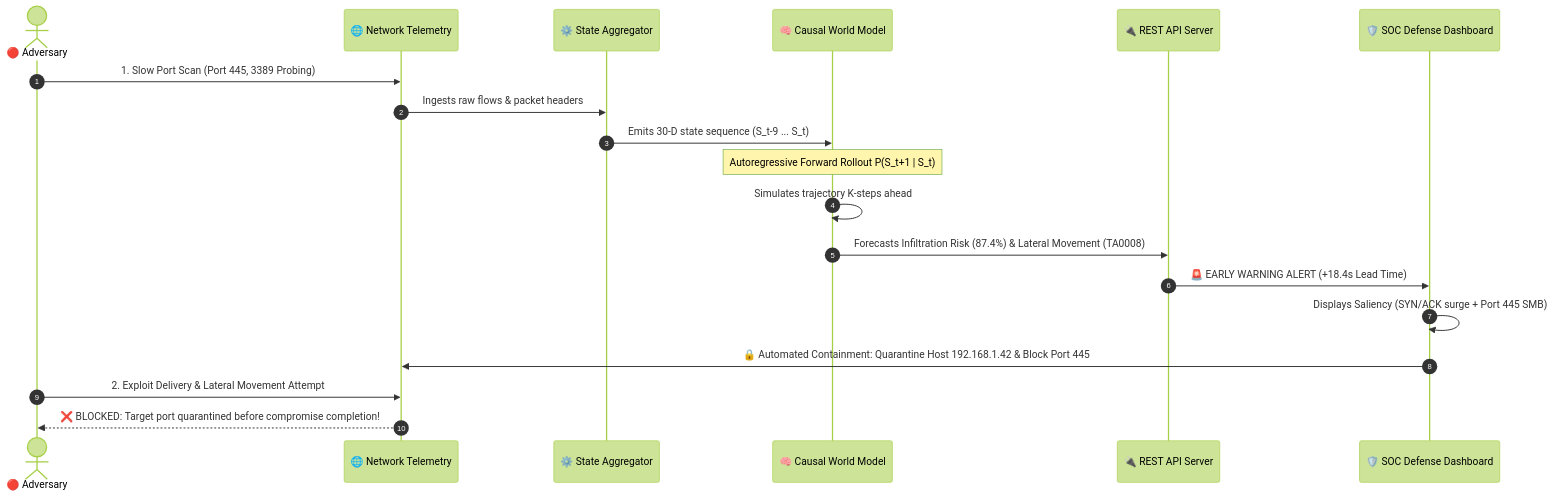
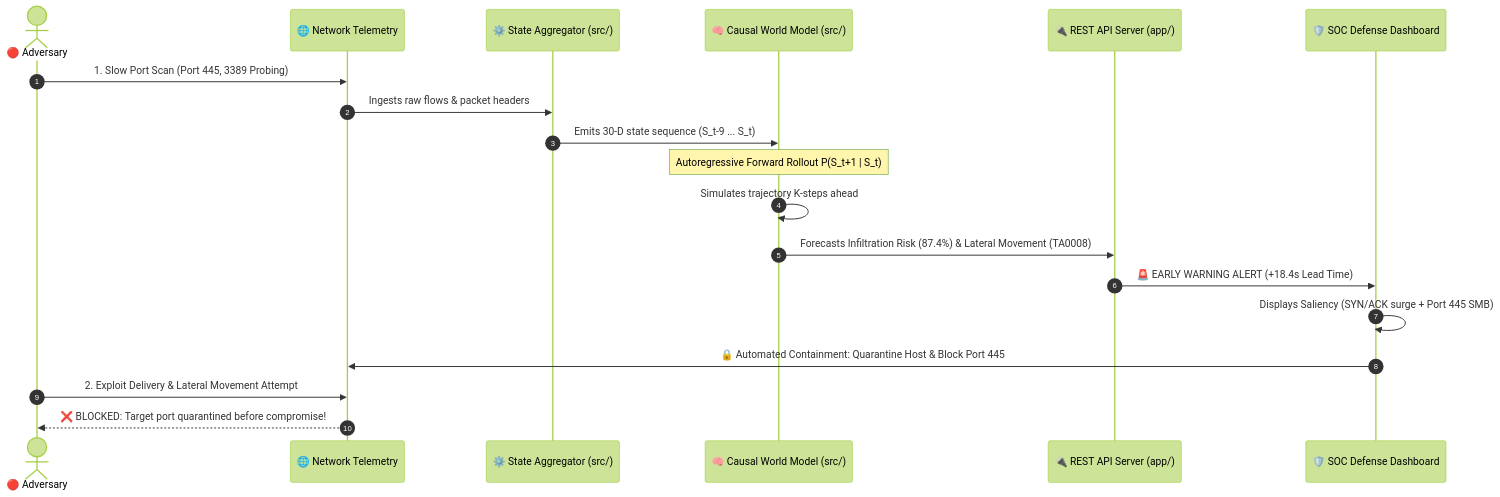
Before and after one commit to Meetvirugama/Attack_Forecasting: the second of 2 diagrams in README.md, drawn with Mermaid (forest theme). The commit also changed other lines of this file and 7 other files, not shown here.

First line of the commit message:
docs: rewrite all markdown files to reflect src/ + app/ structure

````diff
--- a/README.md
+++ b/README.md
@@ -105,25 +106,25 @@
 ```mermaid
 sequenceDiagram
     autonumber
     actor Attacker as 🔴 Adversary
     participant Network as 🌐 Network Telemetry
-    participant Aggregator as ⚙️ State Aggregator
-    participant WorldModel as 🧠 Causal World Model
-    participant API as 🔌 REST API Server
+    participant Aggregator as ⚙️ State Aggregator (src/)
+    participant WorldModel as 🧠 Causal World Model (src/)
+    participant API as 🔌 REST API Server (app/)
     participant SOC as 🛡️ SOC Defense Dashboard
 
     Attacker->>Network: 1. Slow Port Scan (Port 445, 3389 Probing)
     Network->>Aggregator: Ingests raw flows & packet headers
     Aggregator->>WorldModel: Emits 30-D state sequence (S_t-9 ... S_t)
-    
+
     Note over WorldModel: Autoregressive Forward Rollout P(S_t+1 | S_t)
     WorldModel->>WorldModel: Simulates trajectory K-steps ahead
     WorldModel->>API: Forecasts Infiltration Risk (87.4%) & Lateral Movement (TA0008)
-    
+
     API->>SOC: 🚨 EARLY WARNING ALERT (+18.4s Lead Time)
     SOC->>SOC: Displays Saliency (SYN/ACK surge + Port 445 SMB)
-    
-    SOC->>Network: 🔒 Automated Containment: Quarantine Host 192.168.1.42 & Block Port 445
+
+    SOC->>Network: 🔒 Automated Containment: Quarantine Host & Block Port 445
     Attacker->>Network: 2. Exploit Delivery & Lateral Movement Attempt
-    Network-->>Attacker: ❌ BLOCKED: Target port quarantined before compromise completion!
+    Network-->>Attacker: ❌ BLOCKED: Target port quarantined before compromise!
 ```
````
